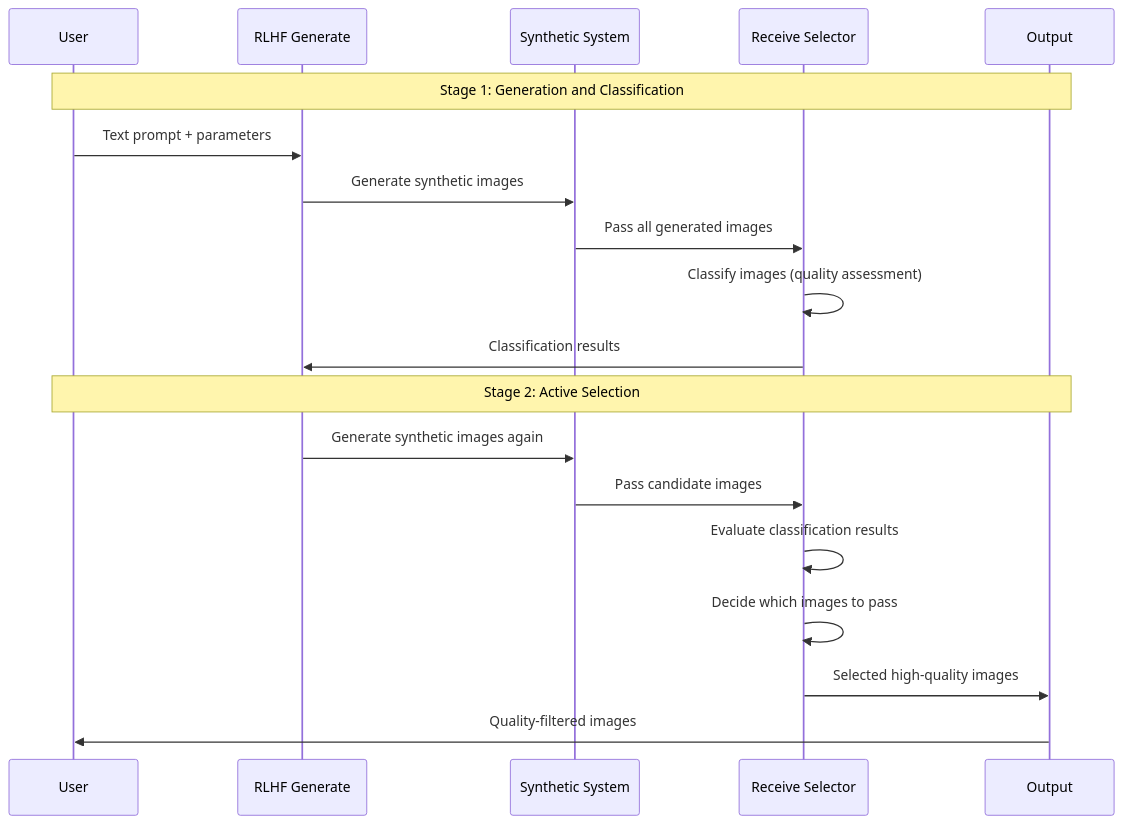
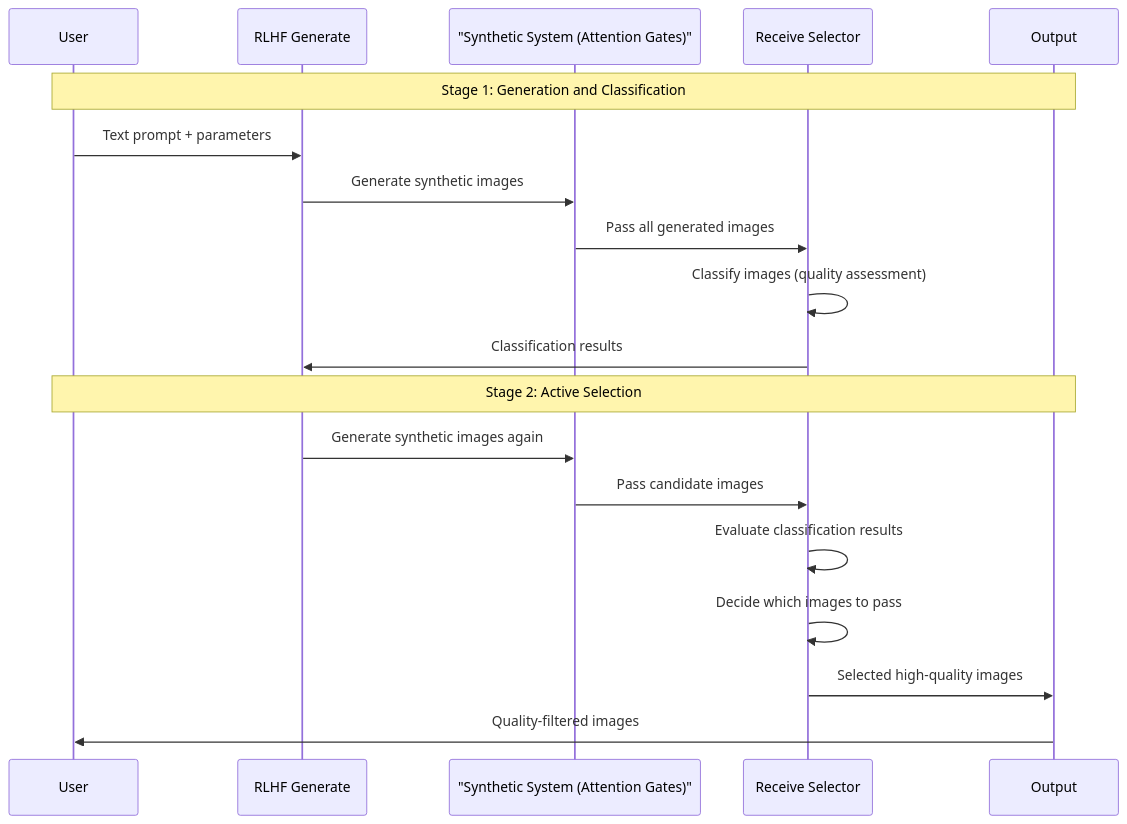
One commit to harsh-ps-2003/CS787 changed the fifth of 5 diagrams in README.md. Above: the diagram before and after it, drawn with Mermaid. The commit also changed other lines of this file and 1 other file, not shown here.

````diff
--- a/README.md
+++ b/README.md
@@ -132,23 +132,23 @@
 ```mermaid
 sequenceDiagram
     participant U as User
     participant G as RLHF Generate
-    participant SS as Synthetic System
+    participant SS as "Synthetic System (Attention Gates)"
     participant RS as Receive Selector
     participant O as Output
     
     Note over U,O: Stage 1: Generation and Classification
     U->>G: Text prompt + parameters
     G->>SS: Generate synthetic images
     SS->>RS: Pass all generated images
     RS->>RS: Classify images (quality assessment)
     RS->>G: Classification results
     
     Note over U,O: Stage 2: Active Selection
     G->>SS: Generate synthetic images again
     SS->>RS: Pass candidate images
     RS->>RS: Evaluate classification results
     RS->>RS: Decide which images to pass
     RS->>O: Selected high-quality images
     O->>U: Quality-filtered images
 ```
````
